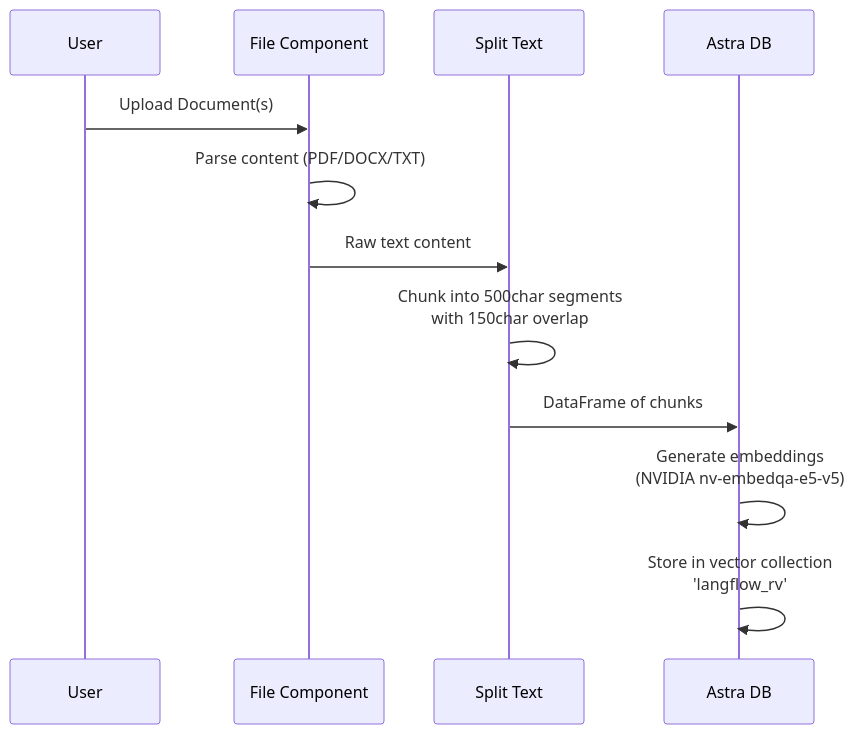
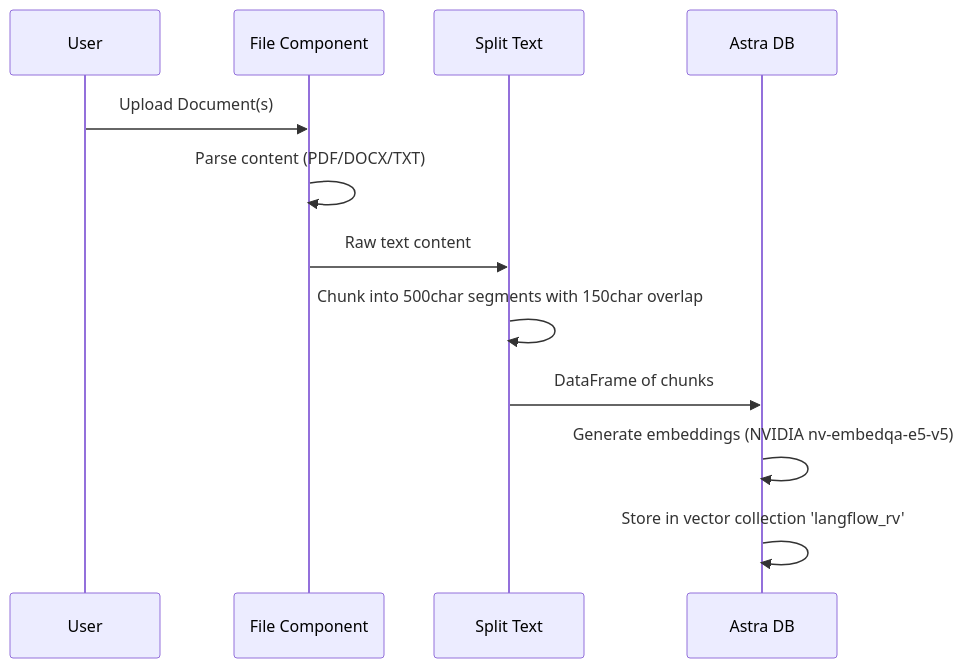
The fourth of 5 diagrams in README.md (roshrv27/first_RAG), drawn with Mermaid before and after one commit. The commit also changed other lines of this file, not shown here.

````diff
--- a/README.md
+++ b/README.md
@@ -118,15 +119,15 @@
 ```mermaid
 sequenceDiagram
-    participant User
-    participant File as File Component
-    participant Split as Split Text
-    participant Astra as Astra DB
+    participant U as User
+    participant F as File Component
+    participant S as Split Text
+    participant A as Astra DB
     
-    User->>File: Upload Document(s)
-    File->>File: Parse content (PDF/DOCX/TXT)
-    File->>Split: Raw text content
-    Split->>Split: Chunk into 500char segments<br/>with 150char overlap
-    Split->>Astra: DataFrame of chunks
-    Astra->>Astra: Generate embeddings<br/>(NVIDIA nv-embedqa-e5-v5)
-    Astra->>Astra: Store in vector collection<br/>'langflow_rv'
+    U->>F: Upload Document(s)
+    F->>F: Parse content (PDF/DOCX/TXT)
+    F->>S: Raw text content
+    S->>S: Chunk into 500char segments with 150char overlap
+    S->>A: DataFrame of chunks
+    A->>A: Generate embeddings (NVIDIA nv-embedqa-e5-v5)
+    A->>A: Store in vector collection 'langflow_rv'
 ```
````
